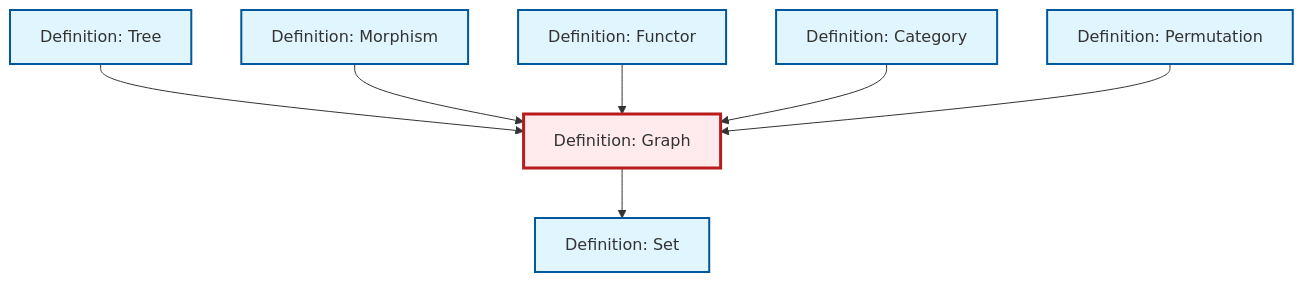
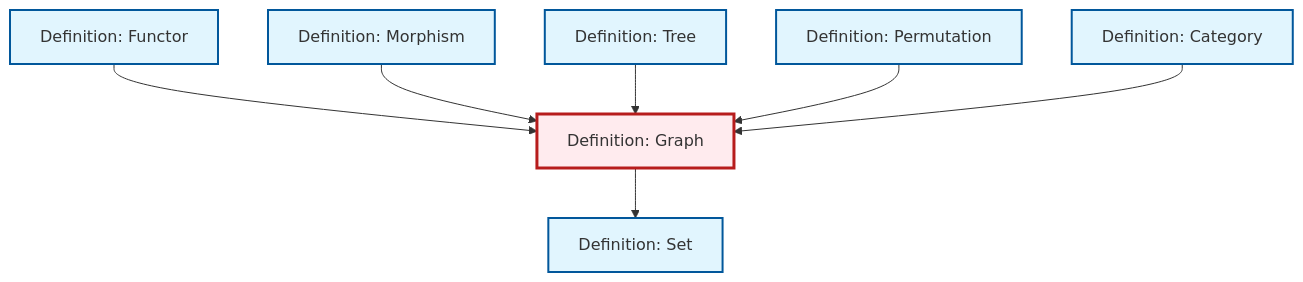
The diagram in content/en/combinatorics/def-graph.qmd (RK0429/ModernMath), drawn with Mermaid before and after one commit. The commit also changed other lines of this file and 491 other files, not shown here.

````diff
--- a/content/en/combinatorics/def-graph.qmd
+++ b/content/en/combinatorics/def-graph.qmd
@@ -90,29 +90,29 @@
 ```{mermaid}
 %%| fig-cap: "Local dependency graph"
 graph TD
     classDef definition fill:#e1f5fe,stroke:#01579b,stroke-width:2px
     classDef theorem fill:#f3e5f5,stroke:#4a148c,stroke-width:2px
     classDef axiom fill:#fff3e0,stroke:#e65100,stroke-width:2px
     classDef example fill:#e8f5e9,stroke:#1b5e20,stroke-width:2px
     classDef current fill:#ffebee,stroke:#b71c1c,stroke-width:3px
+    def-permutation["Definition: Permutation"]:::definition
+    def-functor["Definition: Functor"]:::definition
+    def-category["Definition: Category"]:::definition
+    def-tree["Definition: Tree"]:::definition
     def-set["Definition: Set"]:::definition
-    def-permutation["Definition: Permutation"]:::definition
-    def-category["Definition: Category"]:::definition
     def-morphism["Definition: Morphism"]:::definition
-    def-functor["Definition: Functor"]:::definition
     def-graph["Definition: Graph"]:::definition
-    def-tree["Definition: Tree"]:::definition
-    def-tree --> def-graph
+    def-functor --> def-graph
     def-morphism --> def-graph
     def-graph --> def-set
-    def-functor --> def-graph
+    def-tree --> def-graph
+    def-permutation --> def-graph
     def-category --> def-graph
-    def-permutation --> def-graph
     class def-graph current
+    click def-permutation "def-permutation.html" "Go to Permutation definition"
+    click def-functor "def-functor.html" "Go to Functor definition"
+    click def-category "def-category.html" "Go to Category definition"
+    click def-tree "def-tree.html" "Go to Tree definition"
     click def-set "def-set.html" "Go to Set definition"
-    click def-permutation "def-permutation.html" "Go to Permutation definition"
-    click def-category "def-category.html" "Go to Category definition"
     click def-morphism "def-morphism.html" "Go to Morphism definition"
-    click def-functor "def-functor.html" "Go to Functor definition"
-    click def-tree "def-tree.html" "Go to Tree definition"
 ```
````
